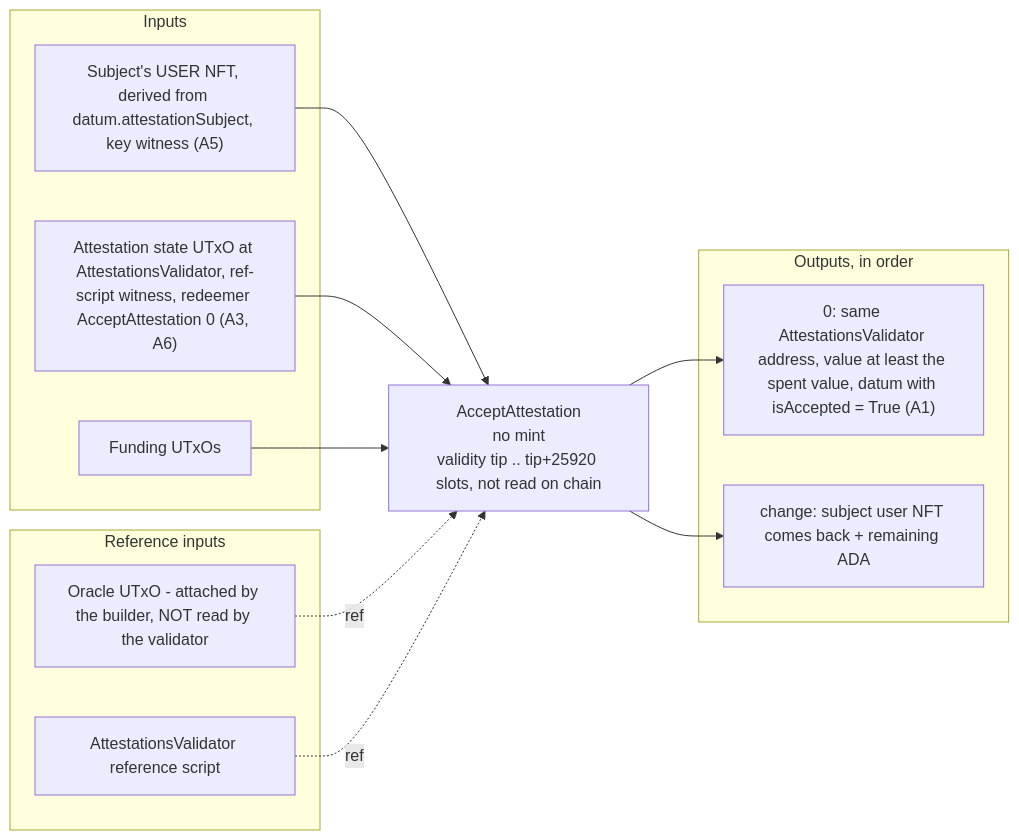
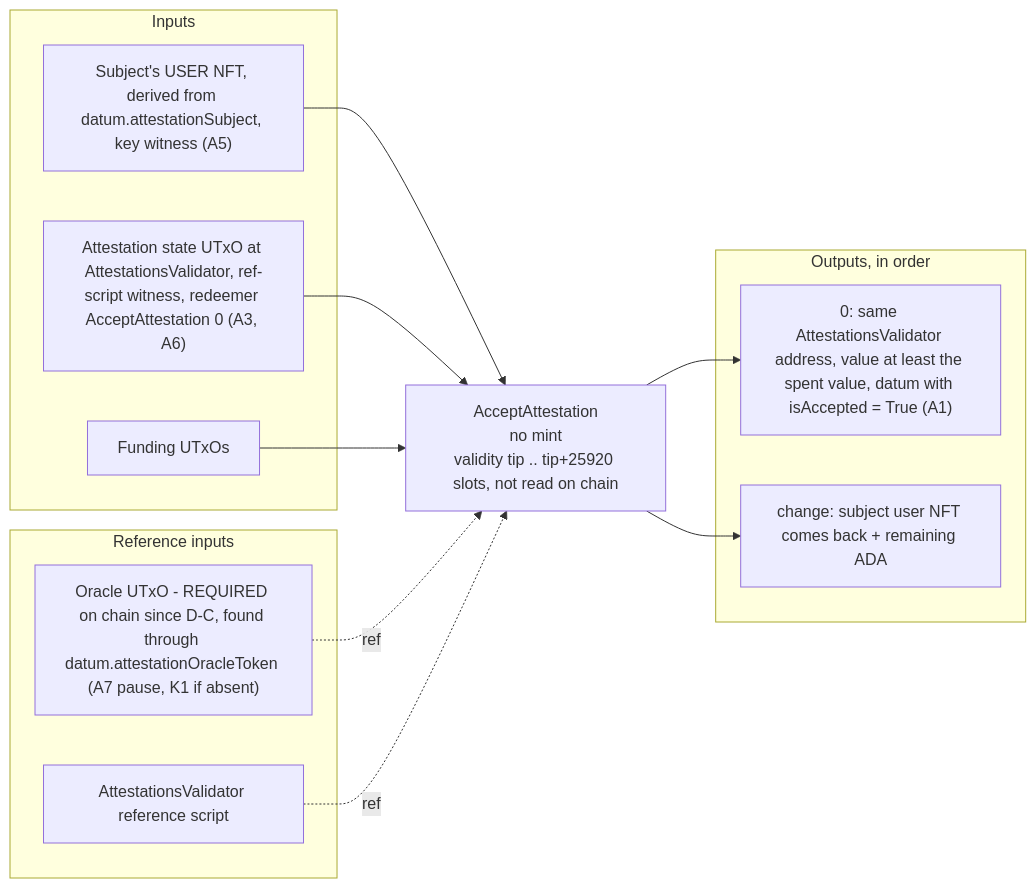
The fourth of 13 diagrams in docs/architecture/onchain-flows.md (en7angled/palmares), drawn with Mermaid before and after one commit. The commit also changed other lines of this file and 18 other files, not shown here.

````diff
--- a/docs/architecture/onchain-flows.md
+++ b/docs/architecture/onchain-flows.md
@@ -298,24 +321,24 @@
 ```mermaid
 flowchart LR
   subgraph IN["Inputs"]
     subjTok["Subject's USER NFT, derived from datum.attestationSubject, key witness (A5)"]
     att["Attestation state UTxO at AttestationsValidator, ref-script witness, redeemer AcceptAttestation 0 (A3, A6)"]
     fund["Funding UTxOs"]
   end
   subgraph REF["Reference inputs"]
-    oracle["Oracle UTxO - attached by the builder, NOT read by the validator"]
+    oracle["Oracle UTxO - REQUIRED on chain since D-C, found through datum.attestationOracleToken (A7 pause, K1 if absent)"]
     avref["AttestationsValidator reference script"]
   end
   tx["AcceptAttestation<br/>no mint<br/>validity tip .. tip+25920 slots, not read on chain"]
   subgraph OUT["Outputs, in order"]
     o0["0: same AttestationsValidator address, value at least the spent value, datum with isAccepted = True (A1)"]
     chg["change: subject user NFT comes back + remaining ADA"]
   end
   subjTok --> tx
   att --> tx
   fund --> tx
   oracle -. ref .-> tx
   avref -. ref .-> tx
   tx --> o0
   tx --> chg
 ```
````
